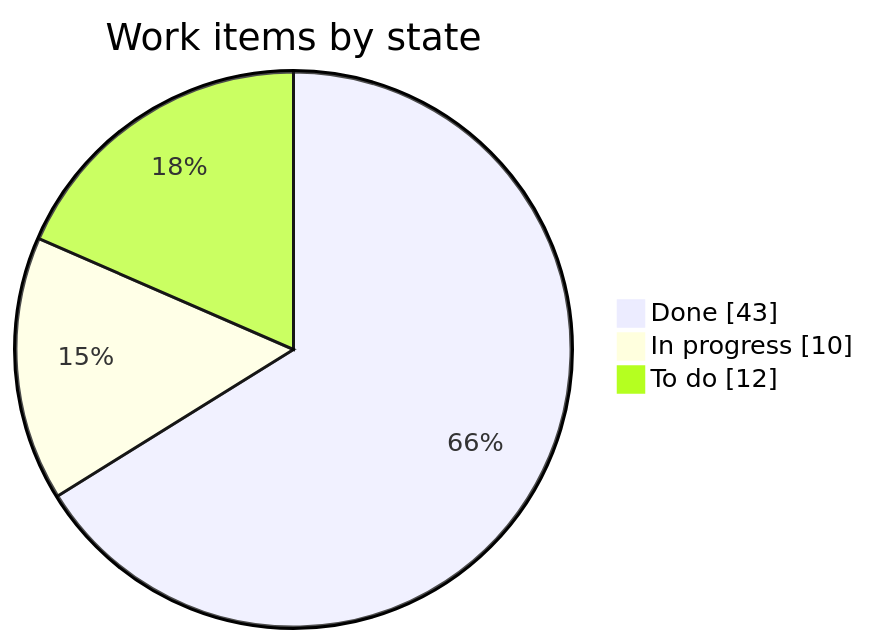
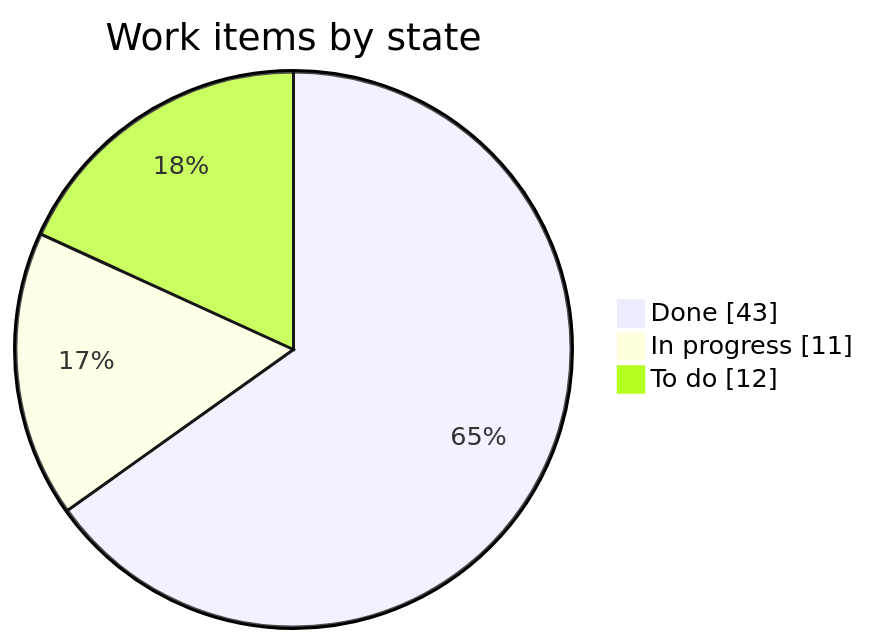
Before and after one commit to LoMagnette/ghost-light: the first of 2 diagrams in STATUS.md, drawn with Mermaid. The commit also changed other lines of this file and 1 other file, not shown here.

````diff
--- a/STATUS.md
+++ b/STATUS.md
@@ -31,7 +31,7 @@
 ```mermaid
 pie showData
     title Work items by state
     "Done" : 43
-    "In progress" : 10
+    "In progress" : 11
     "To do" : 12
 ```
````
